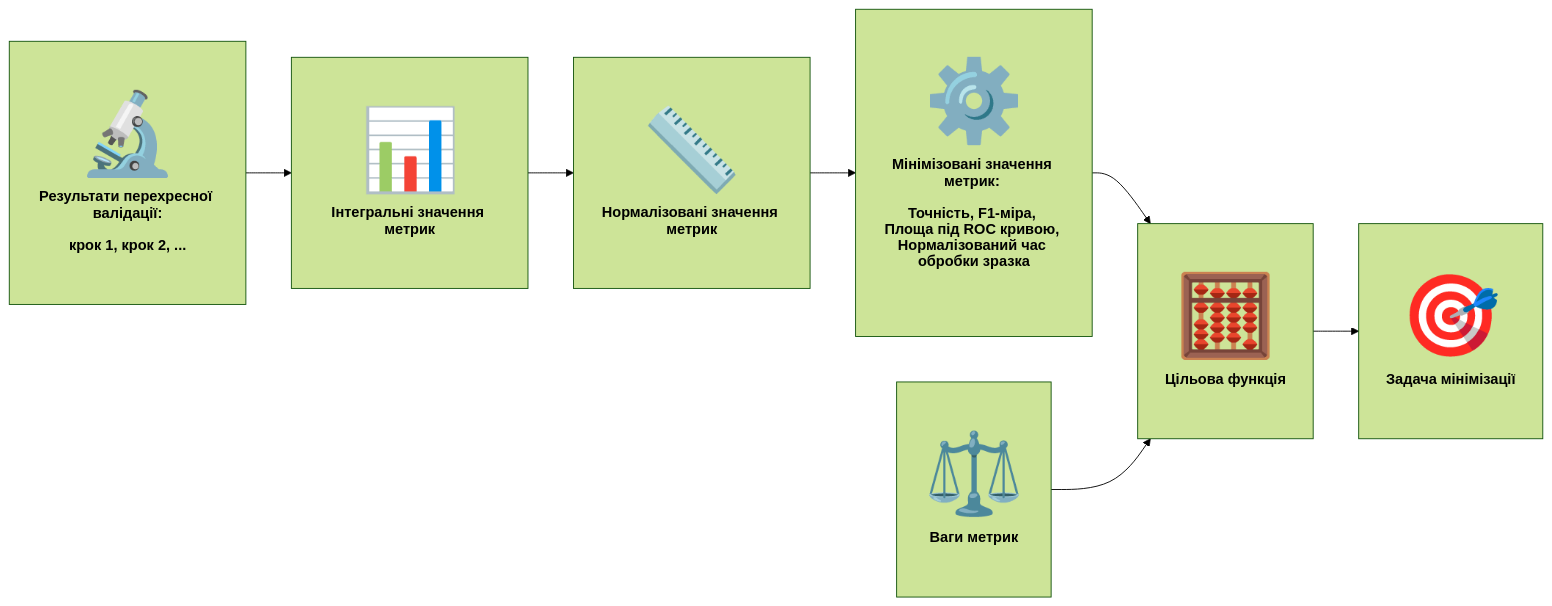
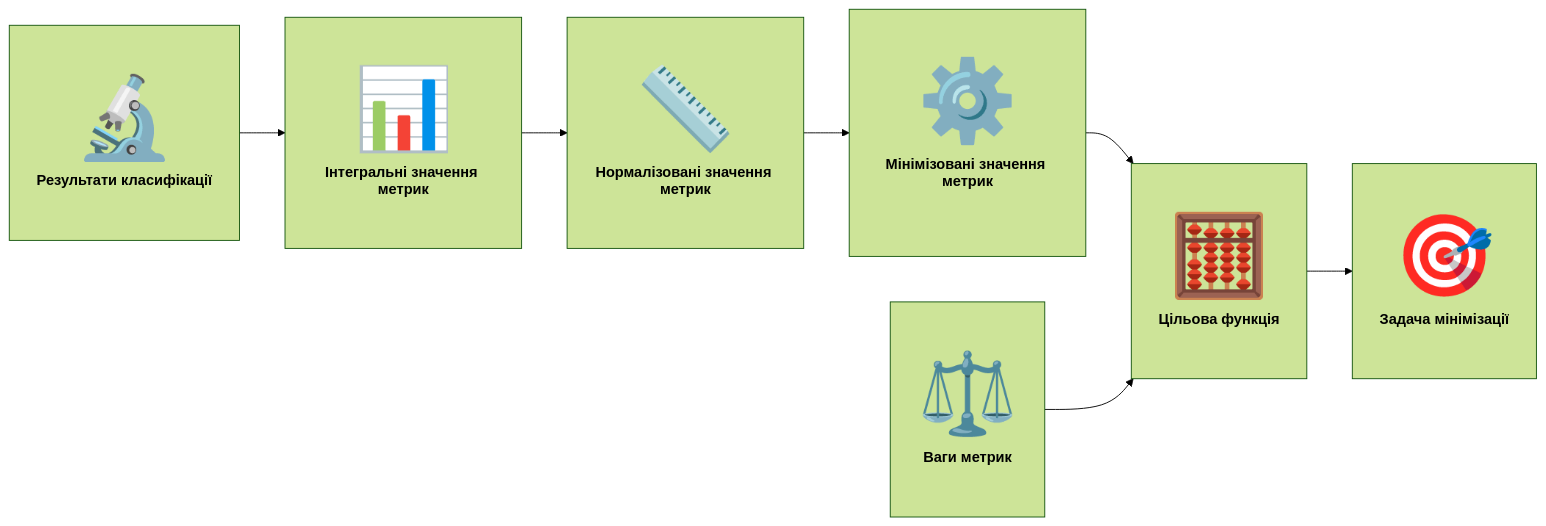
The diagram in backend/src/mermaid/оптимізація-презентація.mmd (tntu-stefanyshyn/classification-pipeline), drawn with Mermaid (forest theme) before and after one commit.

Commit message:
feat: update classification results and metrics display in flowchart

```diff
--- a/backend/src/mermaid/оптимізація-презентація.mmd
+++ b/backend/src/mermaid/оптимізація-презентація.mmd
@@ -1,51 +1,48 @@
 flowchart LR
 
 A["<div style='text-align:center; line-height:1.1; margin:0; padding:0; font-weight:700;'>
 <div style='font-size:88px; margin:0; line-height:1;'>🔬</div>
-<div><b>Результати перехресної валідації:</b></div>
-<div><b>крок 1, крок 2, ...</b></div>
+<div><b>Результати класифікації</b></div>
 </div>"]
 
 B["<div style='text-align:center; line-height:1.1; margin:0; padding:0; font-weight:700;'>
 <div style='font-size:88px; margin:0; line-height:1;'>📊</div>
 <div><b>Інтегральні значення метрик</b></div>
 </div>"]
 
 C["<div style='text-align:center; line-height:1.1; margin:0; padding:0; font-weight:700;'>
 <div style='font-size:88px; margin:0; line-height:1;'>📏</div>
 <div><b>Нормалізовані значення метрик</b></div>
 </div>"]
 
 D["<div style='text-align:center; line-height:1.1; margin:0; padding:0; font-weight:700;'>
 <div style='font-size:88px; margin:0; line-height:1;'>⚙️</div>
-<b>Мінімізовані значення метрик: 
-<div>
-Точність, F1-міра, Площа під ROC кривою, Нормалізований час обробки зразка
-</div>
+<b>Мінімізовані значення метрик
+
 </b>
 </div>"]
 
 E["<div style='text-align:center; line-height:1.1; margin:0; padding:0; font-weight:700;'>
 <div style='font-size:88px; margin:0; line-height:1;'>⚖️</div>
 <div><b>Ваги метрик</b></div>
 </div>"]
 
 F["<div style='text-align:center; line-height:1.1; margin:0; padding:0; font-weight:700;'>
 <div style='font-size:88px; margin:0; line-height:1;'>🧮</div>
 <div><b>Цільова функція</b></div>
 </div>"]
 
 G["<div style='text-align:center; line-height:1.1; margin:0; padding:0; font-weight:700;'>
 <div style='font-size:88px; margin:0; line-height:1;'>🎯</div>
 <div><b>Задача мінімізації</b></div>
 </div>"]
 
 A --> B
 B --> C
 C --> D
 D --> F
 E --> F
 F --> G
 
 classDef compact padding:2px 4px;
 class A,B,C,D,E,F,G compact;
```
